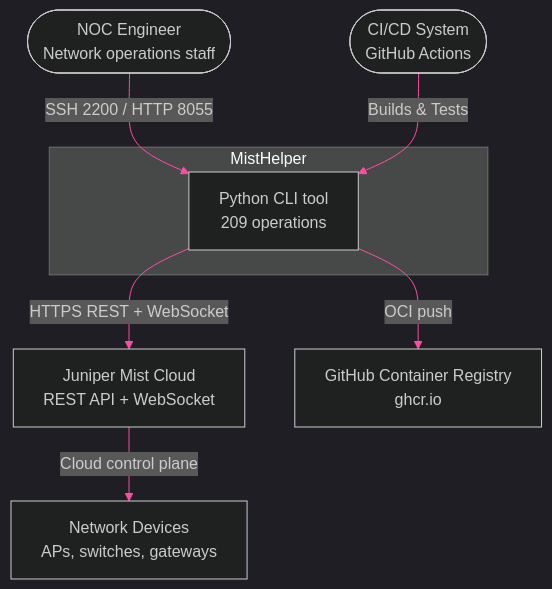
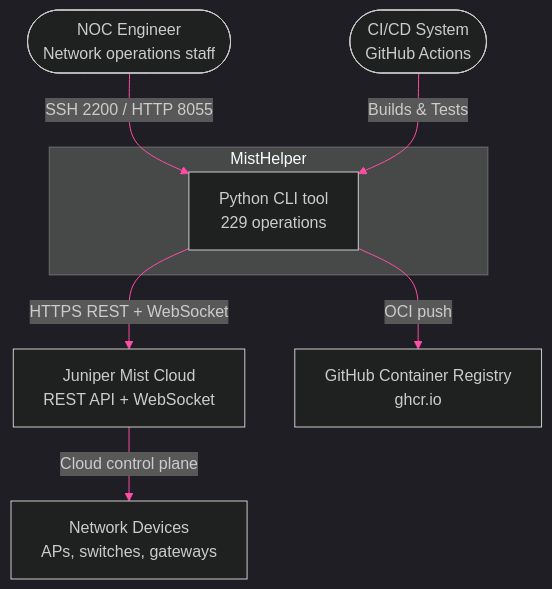
One commit to jmorrison-juniper/MistHelper changed the first of 3 diagrams in documentation/diagrams/core/architecture-overview.md. Above: the diagram before and after it, drawn with Mermaid. The commit also changed other lines of this file and 5 other files, not shown here.

First line of the commit message:
fix(docs): correct the mermaid diagrams and the counts they show

````diff
--- a/documentation/diagrams/core/architecture-overview.md
+++ b/documentation/diagrams/core/architecture-overview.md
@@ -11,28 +11,28 @@
 ```mermaid
 %%{init: {'theme': 'dark', 'themeVariables': {
   'primaryColor': '#E20074',
   'primaryTextColor': '#E0E0E0',
   'primaryBorderColor': '#99004D',
   'lineColor': '#FF4DA6',
   'secondaryColor': '#16213E',
   'tertiaryColor': '#1A1A2E',
   'fontFamily': 'ui-monospace, monospace'
 }}}%%
 flowchart TB
     noc_engineer(["NOC Engineer<br/>Network operations staff"])
     ci_system(["CI/CD System<br/>GitHub Actions"])
 
     subgraph misthelper["MistHelper"]
-        mh["Python CLI tool<br/>209 operations"]
+        mh["Python CLI tool<br/>229 operations"]
     end
 
     mist_cloud["Juniper Mist Cloud<br/>REST API + WebSocket"]
     ghcr["GitHub Container Registry<br/>ghcr.io"]
     network_devices["Network Devices<br/>APs, switches, gateways"]
 
     noc_engineer -->|"SSH 2200 / HTTP 8055"| mh
     ci_system -->|"Builds & Tests"| mh
     mh -->|"HTTPS REST + WebSocket"| mist_cloud
     mh -->|"OCI push"| ghcr
     mist_cloud -->|"Cloud control plane"| network_devices
 ```
````
